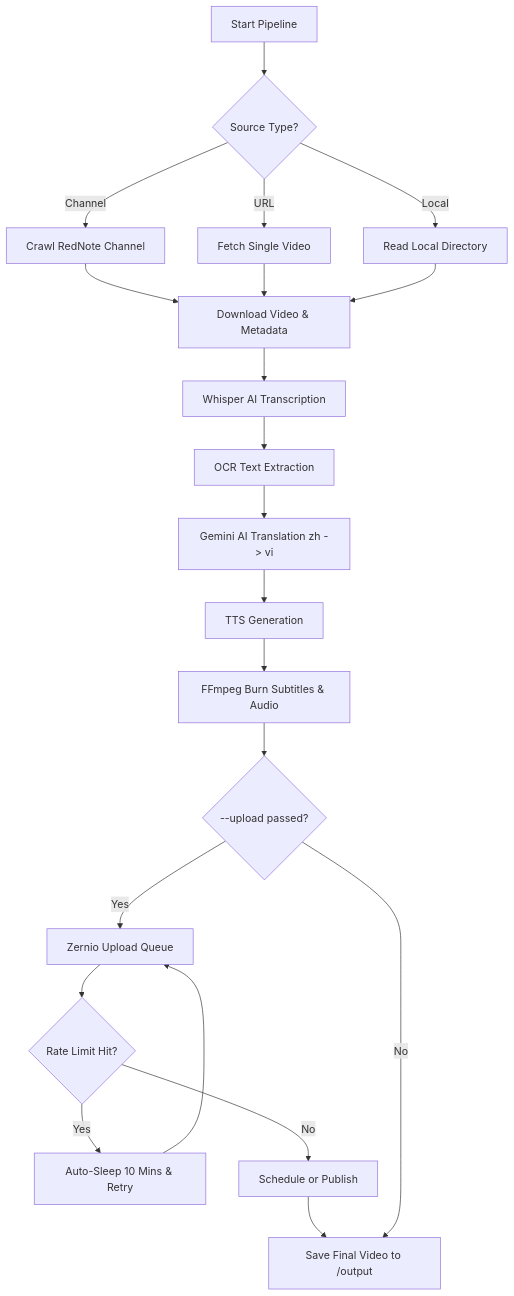
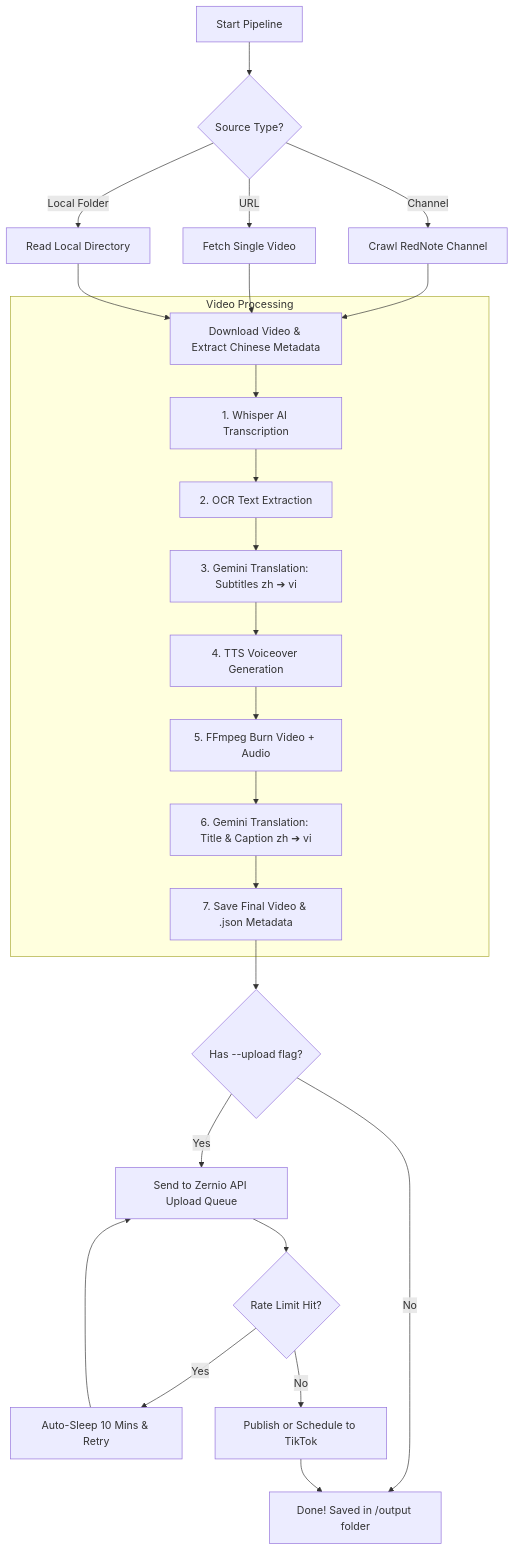
Before and after one commit to TanTVN-221/reup-rednote-clip: the diagram in README.md, drawn with Mermaid. The commit also changed 4 other files, not shown here.

Commit message:
refactor: move caption translation to the main processing pipeline and add utility script for updating existing metadata.

````diff
--- a/README.md
+++ b/README.md
@@ -20,26 +20,36 @@
 ```mermaid
 graph TD
+    %% Input Source Selection
     A[Start Pipeline] --> B{Source Type?}
     B -->|Channel| C[Crawl RedNote Channel]
     B -->|URL| D[Fetch Single Video]
-    B -->|Local| E[Read Local Directory]
+    B -->|Local Folder| E[Read Local Directory]
     
-    C --> F
+    C --> F[Download Video & Extract Chinese Metadata]
     D --> F
     E --> F
     
-    F[Download Video & Metadata] --> G[Whisper AI Transcription]
-    G --> H[OCR Text Extraction]
-    H --> I[Gemini AI Translation zh -> vi]
-    I --> J[TTS Generation]
-    J --> K[FFmpeg Burn Subtitles & Audio]
+    %% Core Video Processing Pipeline
+    subgraph Video Processing
+        F --> G[1. Whisper AI Transcription]
+        G --> H[2. OCR Text Extraction]
+        H --> I[3. Gemini Translation: Subtitles zh ➔ vi]
+        I --> J[4. TTS Voiceover Generation]
+        J --> K[5. FFmpeg Burn Video + Audio]
+        K --> L[6. Gemini Translation: Title & Caption zh ➔ vi]
+        L --> M[7. Save Final Video & .json Metadata]
+    end
     
-    K --> L{--upload passed?}
-    L -->|Yes| M[Zernio Upload Queue]
-    M --> N{Rate Limit Hit?}
-    N -->|Yes| O[Auto-Sleep 10 Mins & Retry]
-    O --> M
-    N -->|No| P[Schedule or Publish]
-    P --> Q
-    L -->|No| Q[Save Final Video to /output]
+    %% Upload Flow
+    M --> N{Has --upload flag?}
+    
+    N -->|Yes| O[Send to Zernio API Upload Queue]
+    N -->|No| P[Done! Saved in /output folder]
+    
+    %% Zernio Sub-flow
+    O --> Q{Rate Limit Hit?}
+    Q -->|Yes| R[Auto-Sleep 10 Mins & Retry]
+    R --> O
+    Q -->|No| S[Publish or Schedule to TikTok]
+    S --> P
 ```
````
